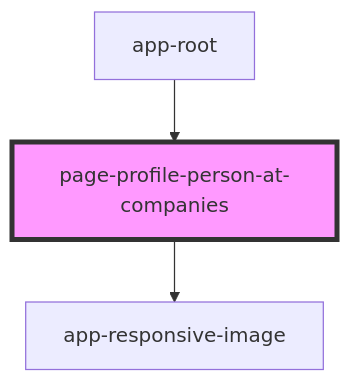
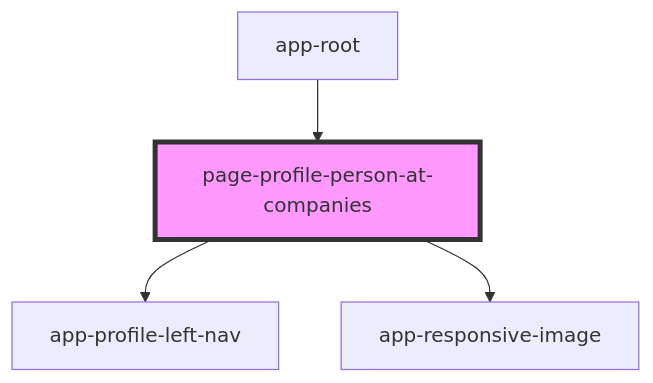
Before and after one commit to lokheed/IconEventNetwork.Web: the diagram in iconeventnetwork-web/src/components/pages/page-profile-person-at-companies/readme.md, drawn with Mermaid. The commit also changed other lines of this file and 11 other files, not shown here.

Commit message:
Implemented profile left nav bar

````diff
--- a/iconeventnetwork-web/src/components/pages/page-profile-person-at-companies/readme.md
+++ b/iconeventnetwork-web/src/components/pages/page-profile-person-at-companies/readme.md
@@ -19,6 +20,7 @@
 ```mermaid
 graph TD;
+  page-profile-person-at-companies --> app-profile-left-nav
   page-profile-person-at-companies --> app-responsive-image
   app-root --> page-profile-person-at-companies
   style page-profile-person-at-companies fill:#f9f,stroke:#333,stroke-width:4px
 ```
````
